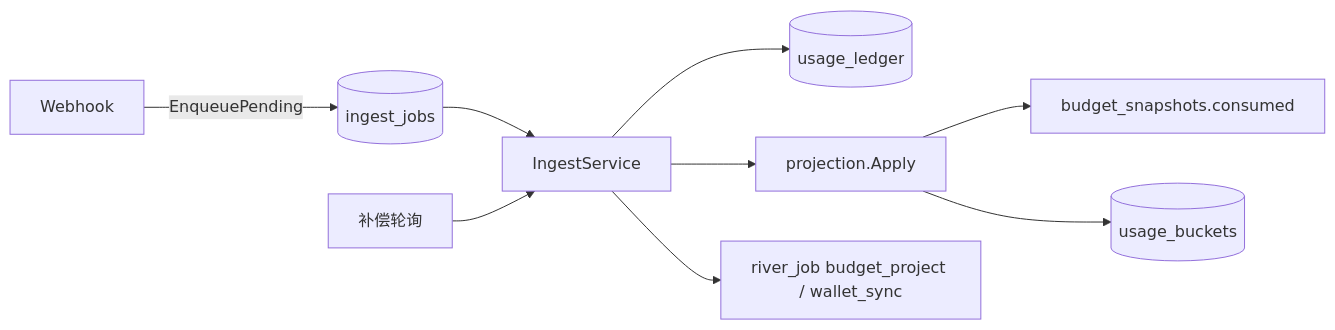
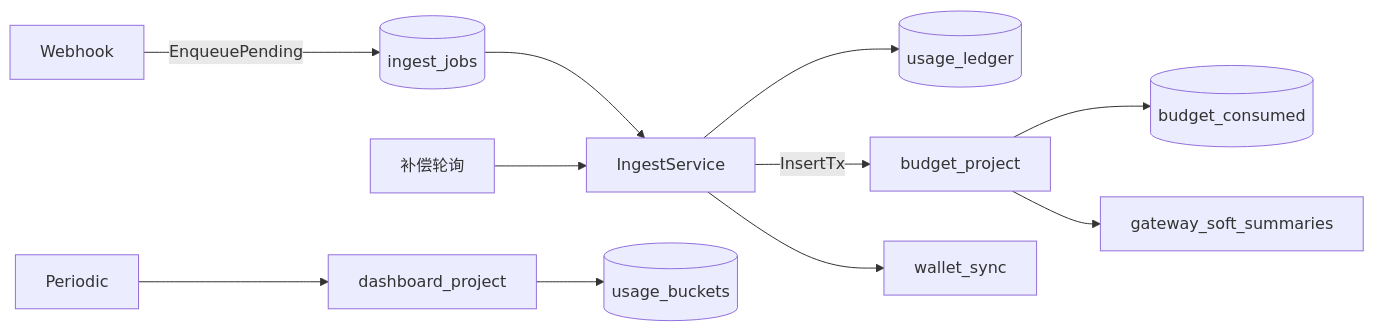
Before and after one commit to quyip8818/mytokenjoy: the third of 10 diagrams in docs/Backend-预算.md, drawn with Mermaid. The commit also changed other lines of this file and 16 other files, not shown here.

````diff
--- a/docs/Backend-预算.md
+++ b/docs/Backend-预算.md
@@ -101,11 +103,12 @@
 ```mermaid
 flowchart LR
   WH[Webhook] -->|EnqueuePending| Q[(ingest_jobs)]
   Q --> ING[IngestService]
   COMP[补偿轮询] --> ING
   ING --> UL[(usage_ledger)]
-  ING --> PROJ[projection.Apply]
-  PROJ --> SNAP[budget_snapshots.consumed]
-  PROJ --> UB[(usage_buckets)]
-  ING --> JOB[river_job budget_project / wallet_sync]
+  ING -->|InsertTx| BP[budget_project]
+  BP --> BC[(budget_consumed)]
+  BP --> GS[gateway_soft_summaries]
+  PER[Periodic] --> DP[dashboard_project] --> UB[(usage_buckets)]
+  ING --> WS[wallet_sync]
 ```
````
